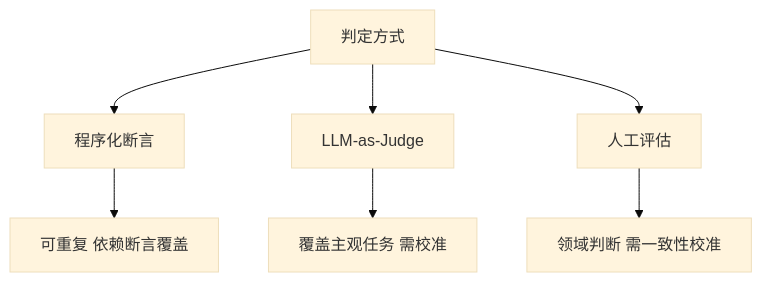
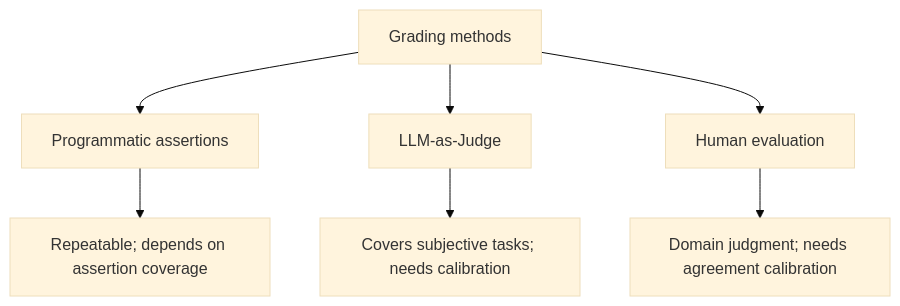
One commit to oneleaveknowsthefall/awesome-ai-roadmap changed the fifth of 7 diagrams in docs/agent/05-production/14-agent-evaluation.md. Above: the diagram before and after it, drawn with Mermaid (base theme). The commit also changed other lines of this file and 68 other files, not shown here.

````diff
--- a/docs/agent/05-production/14-agent-evaluation.md
+++ b/docs/agent/05-production/14-agent-evaluation.md
@@ -237,10 +237,10 @@
 ```mermaid
 flowchart TB
-    J[判定方式] --> E[程序化断言]
+    J[Grading methods] --> E[Programmatic assertions]
     J --> L[LLM-as-Judge]
-    J --> H[人工评估]
+    J --> H[Human evaluation]
 
-    E --> E1[可重复 依赖断言覆盖]
-    L --> L1[覆盖主观任务 需校准]
-    H --> H1[领域判断 需一致性校准]
+    E --> E1[Repeatable; depends on assertion coverage]
+    L --> L1[Covers subjective tasks; needs calibration]
+    H --> H1[Domain judgment; needs agreement calibration]
 ```
````
